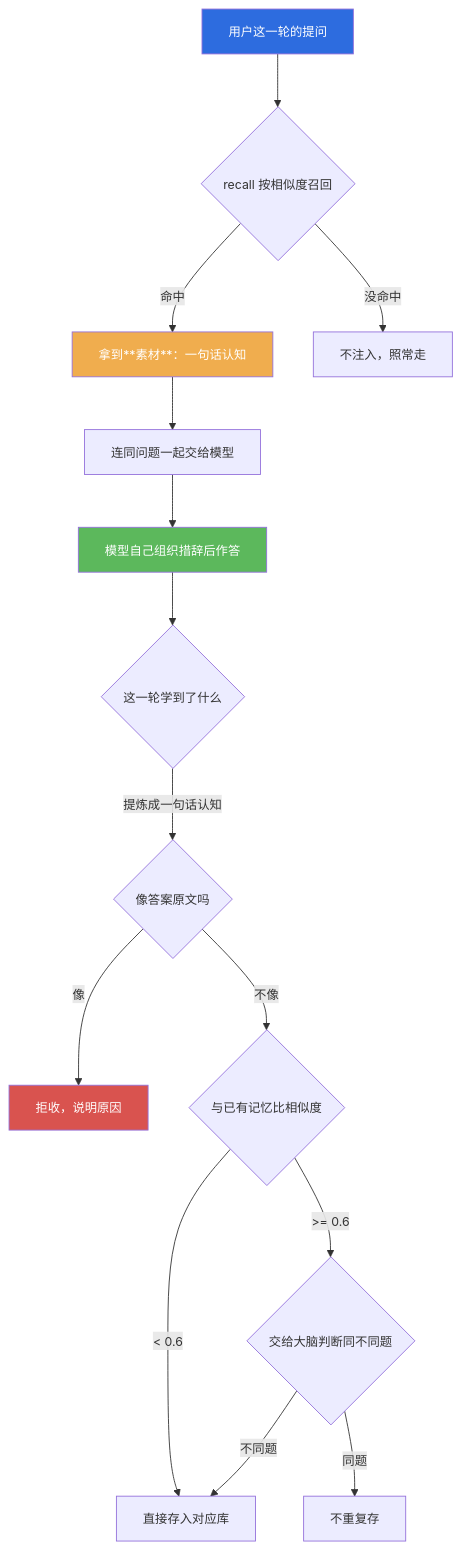
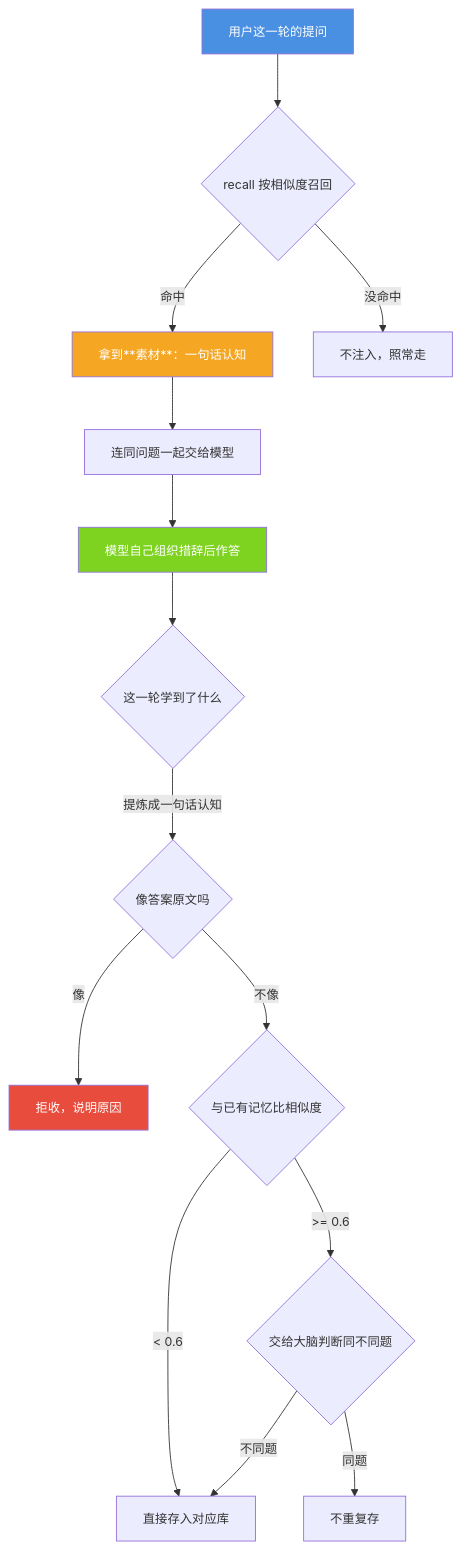
The diagram in docs/spirit-memory.md (jiangchuangege/xiaojiao-harnees), drawn with Mermaid before and after one commit. The commit also changed 32 other files, not shown here.

Commit message:
统一：全仓原理图配色到一套调色板 + 给 12 张灰图补色 + 修正自己会睡那张过期图

````diff
--- a/docs/spirit-memory.md
+++ b/docs/spirit-memory.md
@@ -50,22 +50,22 @@
 ```mermaid
 %%{init: {"themeVariables": {"fontSize": "14px"}, "flowchart": {"htmlLabels": true, "wrappingWidth": 340, "nodeSpacing": 46, "rankSpacing": 60, "useMaxWidth": true}}}%%
 flowchart TB
     Q["用户这一轮的提问"] --> R{"recall 按相似度召回"}
     R -->|"命中"| M["拿到**素材**：一句话认知"]
     R -->|"没命中"| N["不注入，照常走"]
     M --> L["连同问题一起交给模型"]
     L --> A["模型自己组织措辞后作答"]
     A --> X{"这一轮学到了什么"}
     X -->|"提炼成一句话认知"| G{"像答案原文吗"}
     G -->|"像"| RE["拒收，说明原因"]
     G -->|"不像"| S{"与已有记忆比相似度"}
     S -->|"< 0.6"| ADD["直接存入对应库"]
     S -->|">= 0.6"| J{"交给大脑判断同不同题"}
     J -->|"同题"| DUP["不重复存"]
     J -->|"不同题"| ADD
 
-    style Q fill:#2d6cdf,color:#fff
-    style A fill:#5cb85c,color:#fff
-    style RE fill:#d9534f,color:#fff
-    style M fill:#f0ad4e,color:#fff
+    style Q fill:#4A90E2,color:#fff
+    style A fill:#7ED321,color:#fff
+    style RE fill:#E74C3C,color:#fff
+    style M fill:#F5A623,color:#fff
 ```
````
